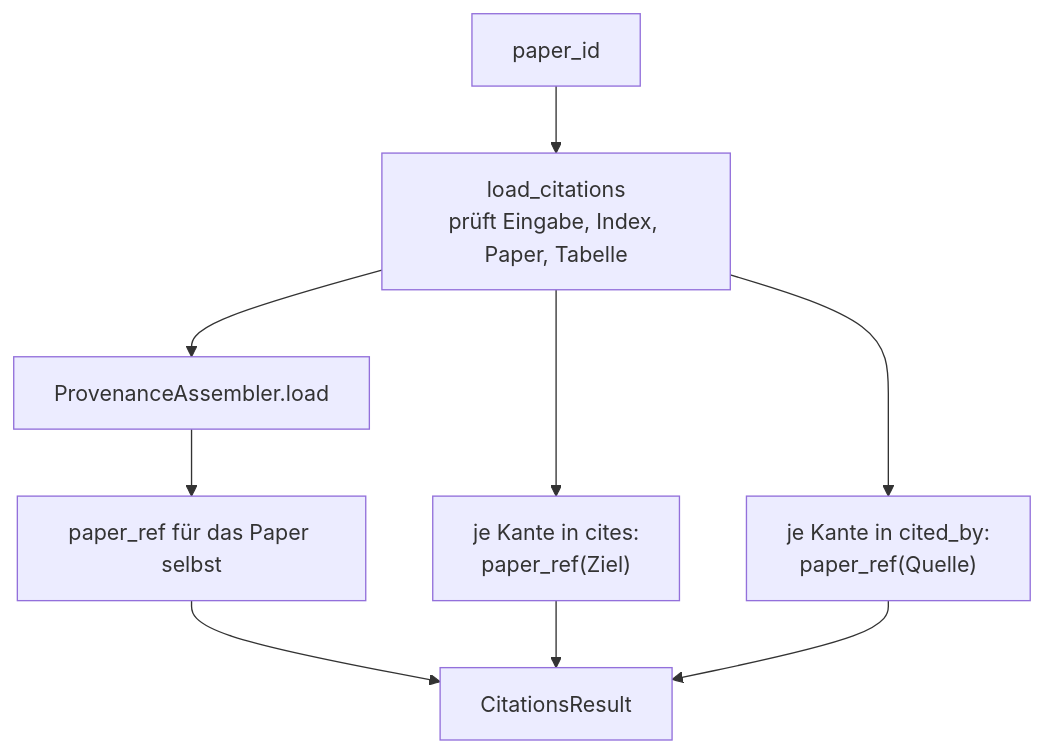
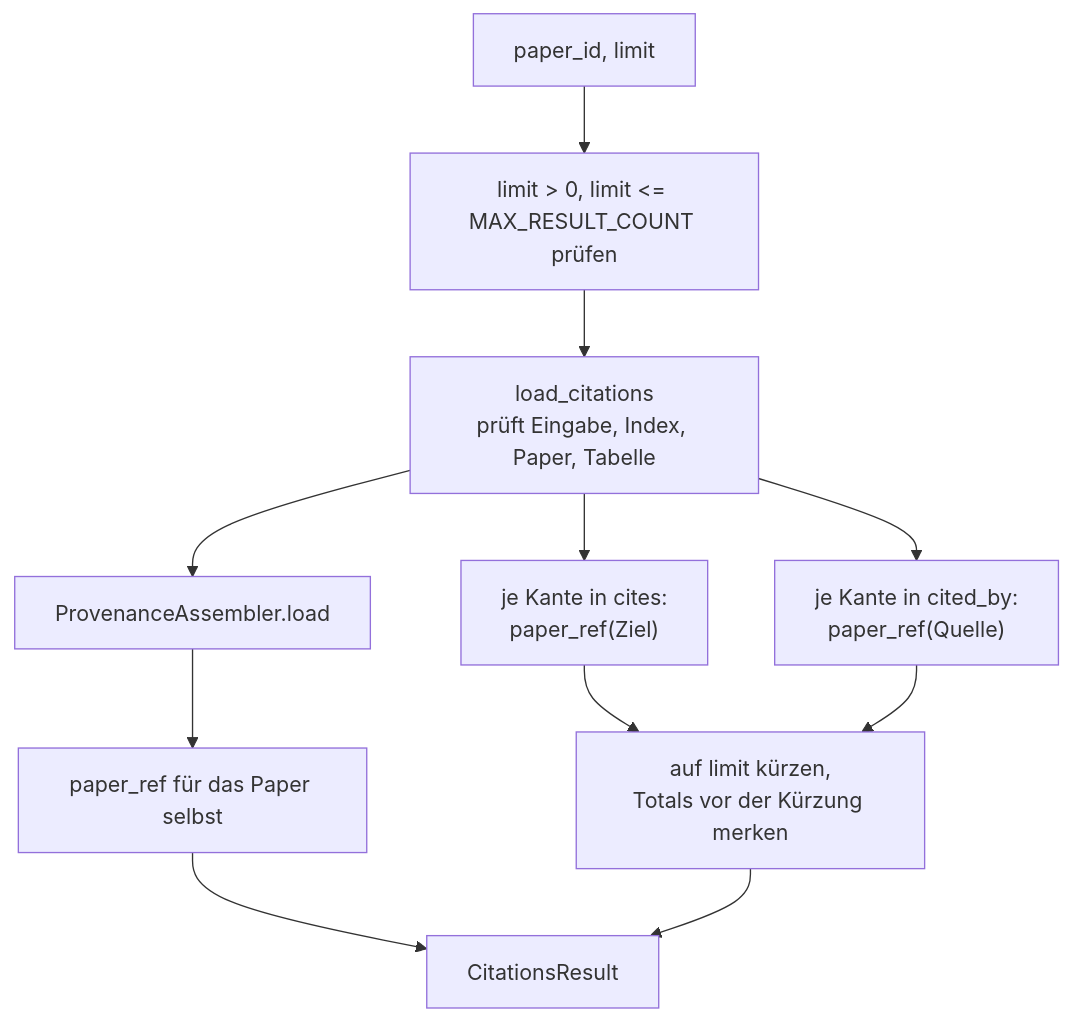
Before and after one commit to MomoEngineer/research-graphrag: the first of 2 diagrams in src/research_graphrag/retrieval/doc/citations.md, drawn with Mermaid. The commit also changed other lines of this file and 34 other files, not shown here.

````diff
--- a/src/research_graphrag/retrieval/doc/citations.md
+++ b/src/research_graphrag/retrieval/doc/citations.md
@@ -28,11 +28,13 @@
 ```mermaid
 flowchart TD
-    A["paper_id"] --> B["load_citations<br/>prüft Eingabe, Index, Paper, Tabelle"]
+    A["paper_id, limit"] --> LV["limit > 0, limit <= MAX_RESULT_COUNT prüfen"]
+    LV --> B["load_citations<br/>prüft Eingabe, Index, Paper, Tabelle"]
     B --> C["ProvenanceAssembler.load"]
     C --> D["paper_ref für das Paper selbst"]
     B --> E["je Kante in cites:<br/>paper_ref(Ziel)"]
     B --> F["je Kante in cited_by:<br/>paper_ref(Quelle)"]
+    E --> TR["auf limit kürzen,<br/>Totals vor der Kürzung merken"]
+    F --> TR
     D --> G["CitationsResult"]
-    E --> G
-    F --> G
+    TR --> G
 ```
````
